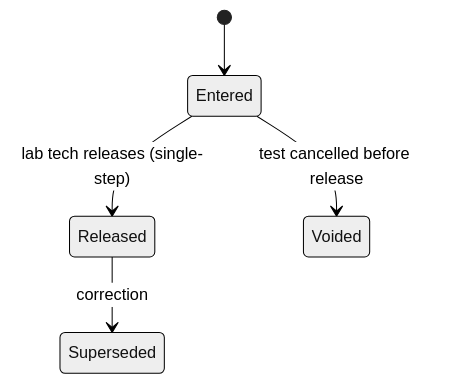
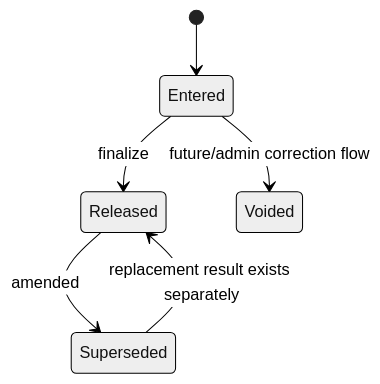
One commit to zaighaumrana/lab-software changed the fifth of 13 diagrams in docs/03_Core_Domain_Design.md. Above: the diagram before and after it, drawn with Mermaid (neutral theme). The commit also changed other lines of this file, not shown here.

````diff
--- a/docs/03_Core_Domain_Design.md
+++ b/docs/03_Core_Domain_Design.md
@@ -208,7 +442,8 @@
 ```mermaid
 stateDiagram-v2
     [*] --> Entered
-    Entered --> Released: lab tech releases (single-step)
-    Entered --> Voided: test cancelled before release
-    Released --> Superseded: correction
+    Entered --> Released: finalize
+    Released --> Superseded: amended
+    Superseded --> Released: replacement result exists separately
+    Entered --> Voided: future/admin correction flow
 ```
````
